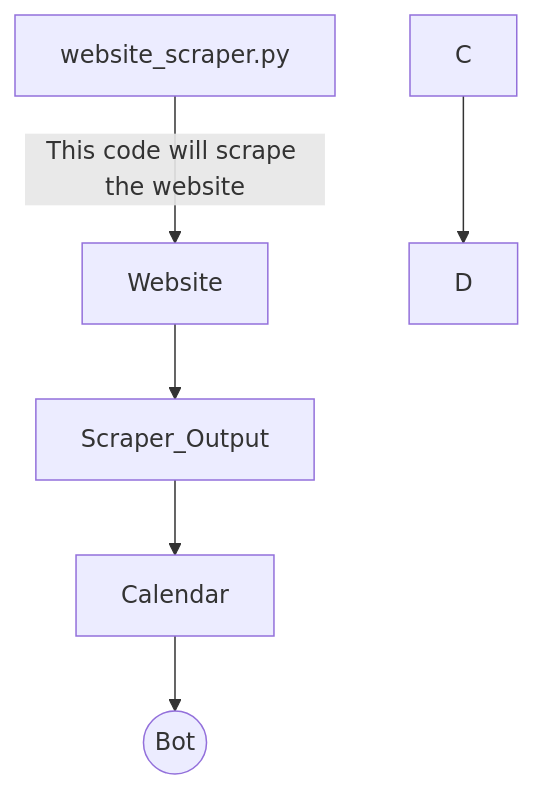
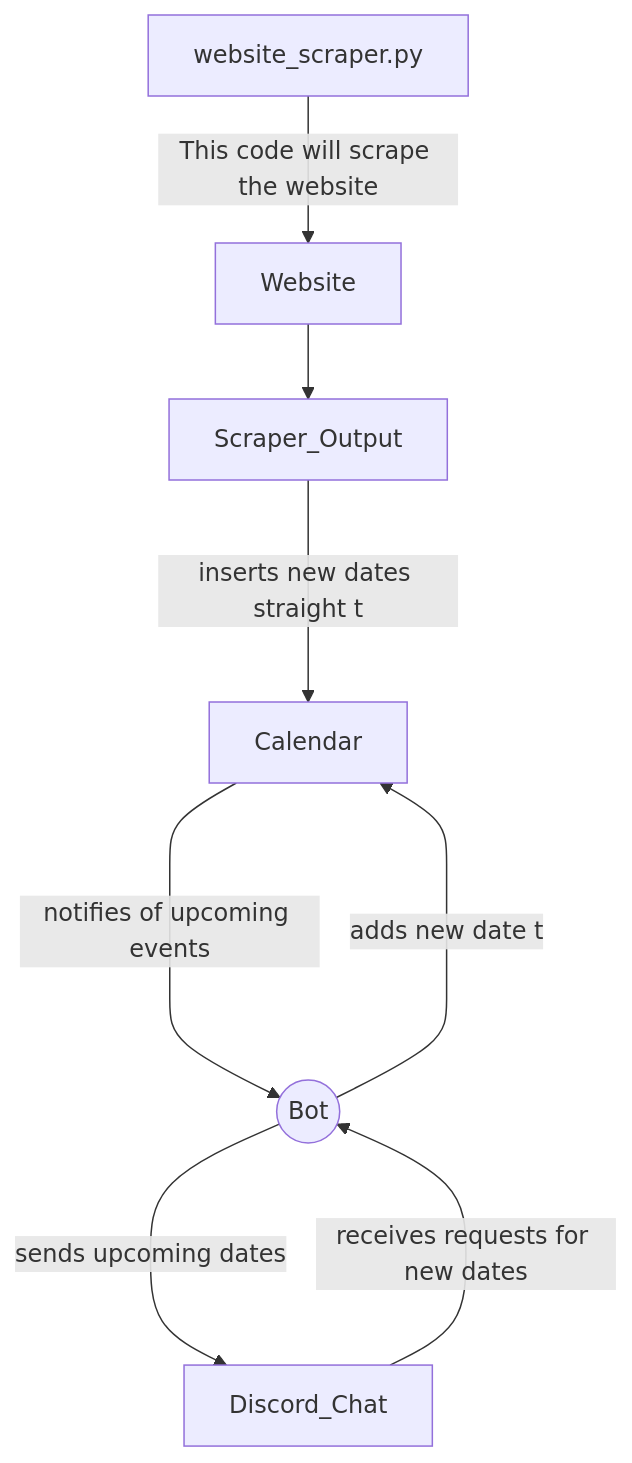
Before and after one commit to vesmor/ResearchBuddy: the diagram in readme.md, drawn with Mermaid. The commit also changed other lines of this file, not shown here.

````diff
--- a/readme.md
+++ b/readme.md
@@ -37,9 +37,11 @@
 ```mermaid
 
 	graph TD;
 	website_scraper.py--This code will scrape the website-->Website;
     Website-->Scraper_Output;
-    Scraper_Output-->Calendar;
-    Calendar-->Bot((Bot));
-    C-->D;
+    Scraper_Output--inserts new dates straight to-->Calendar;
+    Calendar--notifies of upcoming events---->Bot((Bot));
+    Bot--adds new date to-->Calendar;
+    Discord_Chat--receives requests for new dates--->Bot
+    Bot--sends upcoming dates-->Discord_Chat
 ```
````
